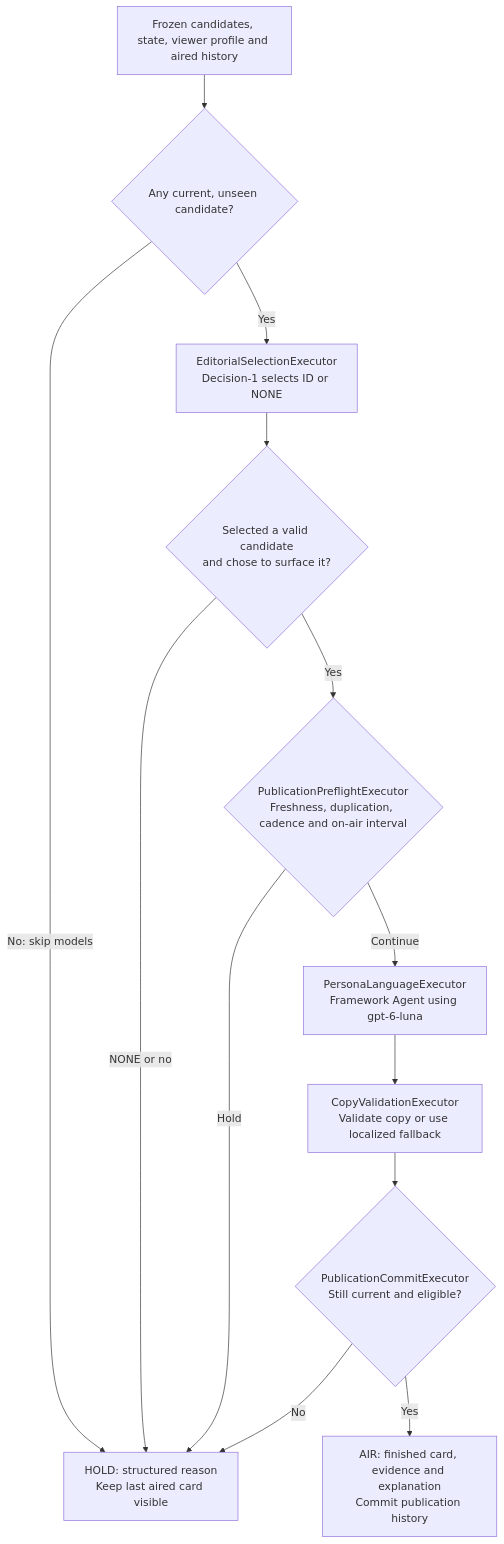
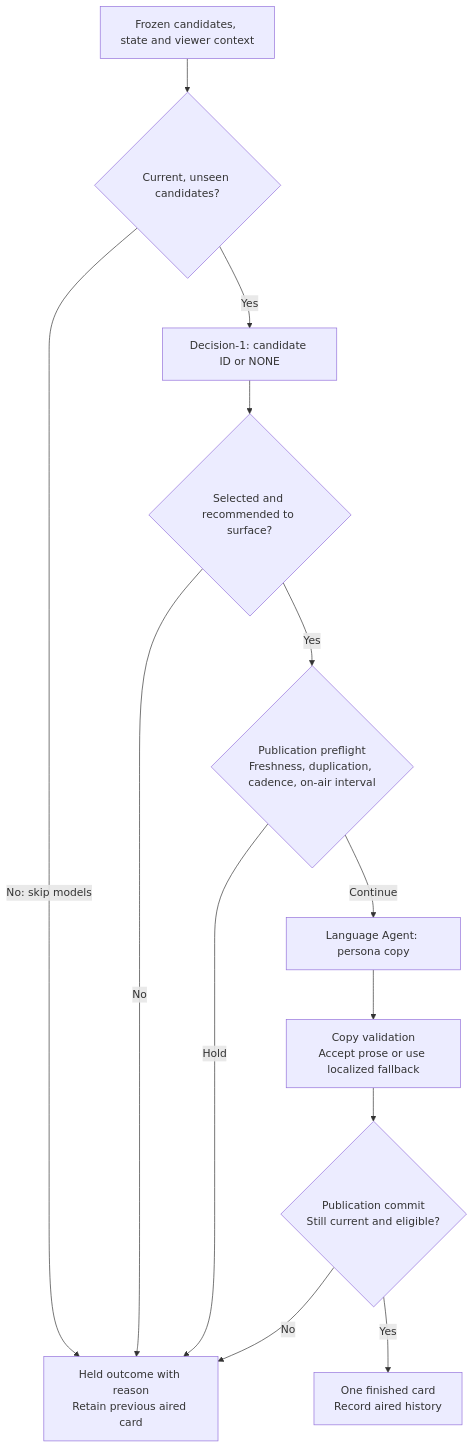
The second of 4 diagrams in ARCHITECTURE.md (shantanu1singh/matchos), drawn with Mermaid before and after one commit. The commit also changed other lines of this file and 1 other file, not shown here.

````diff
--- a/ARCHITECTURE.md
+++ b/ARCHITECTURE.md
@@ -122,23 +62,15 @@
 ```mermaid
 flowchart TD
-    Input["Frozen candidates, state, viewer profile and aired history"]
-    Eligible{"Any current, unseen candidate?"}
-    Select["EditorialSelectionExecutor<br/>Decision-1 selects ID or NONE"]
-    Choice{"Selected a valid candidate<br/>and chose to surface it?"}
-    Preflight{"PublicationPreflightExecutor<br/>Freshness, duplication, cadence and on-air interval"}
-    Writer["PersonaLanguageExecutor<br/>Framework Agent using gpt-6-luna"]
-    Guard["CopyValidationExecutor<br/>Validate copy or use localized fallback"]
-    Commit{"PublicationCommitExecutor<br/>Still current and eligible?"}
-    Air["AIR: finished card, evidence and explanation<br/>Commit publication history"]
-    Hold["HOLD: structured reason<br/>Keep last aired card visible"]
-
-    Input --> Eligible
-    Eligible -->|"No: skip models"| Hold
-    Eligible -->|"Yes"| Select --> Choice
-    Choice -->|"NONE or no"| Hold
-    Choice -->|"Yes"| Preflight
+    Input["Frozen candidates, state and viewer context"] --> Eligible{"Current, unseen candidates?"}
+    Eligible -->|"No: skip models"| Hold["Held outcome with reason<br/>Retain previous aired card"]
+    Eligible -->|"Yes"| Select["Decision-1: candidate ID or NONE"]
+    Select --> Choice{"Selected and recommended to surface?"}
+    Choice -->|"No"| Hold
+    Choice -->|"Yes"| Preflight{"Publication preflight<br/>Freshness, duplication, cadence, on-air interval"}
     Preflight -->|"Hold"| Hold
-    Preflight -->|"Continue"| Writer --> Guard --> Commit
+    Preflight -->|"Continue"| Write["Language Agent: persona copy"]
+    Write --> Validate["Copy validation<br/>Accept prose or use localized fallback"]
+    Validate --> Commit{"Publication commit<br/>Still current and eligible?"}
     Commit -->|"No"| Hold
-    Commit -->|"Yes"| Air
+    Commit -->|"Yes"| Air["One finished card<br/>Record aired history"]
 ```
````
